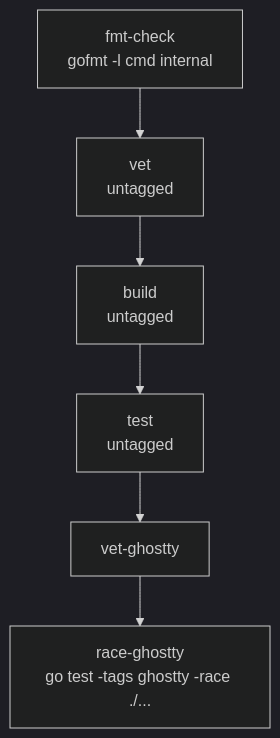
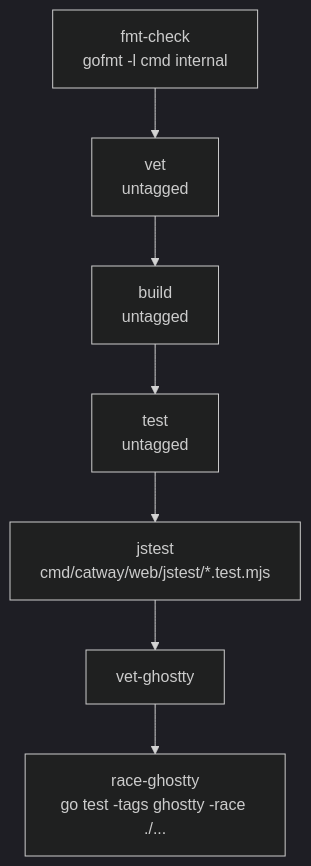
One commit to rohanthewiz/cats changed the third of 5 diagrams in docs/reference/build-and-packaging.md. Above: the diagram before and after it, drawn with Mermaid (dark theme). The commit also changed other lines of this file and 11 other files, not shown here.

````diff
--- a/docs/reference/build-and-packaging.md
+++ b/docs/reference/build-and-packaging.md
@@ -112,11 +112,12 @@
 ```mermaid
 flowchart TD
   A["fmt-check<br/>gofmt -l cmd internal"]
   B["vet<br/>untagged"]
   C["build<br/>untagged"]
   D["test<br/>untagged"]
+  J["jstest<br/>cmd/catway/web/jstest/*.test.mjs"]
   E["vet-ghostty"]
   F["race-ghostty<br/>go test -tags ghostty -race ./..."]
 
-  A --> B --> C --> D --> E --> F
+  A --> B --> C --> D --> J --> E --> F
 ```
````
